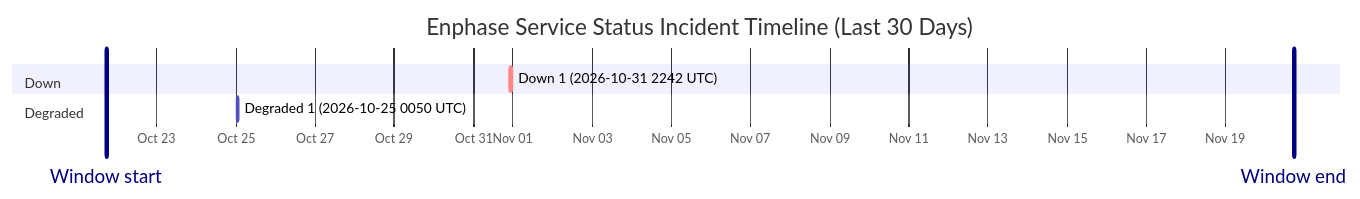
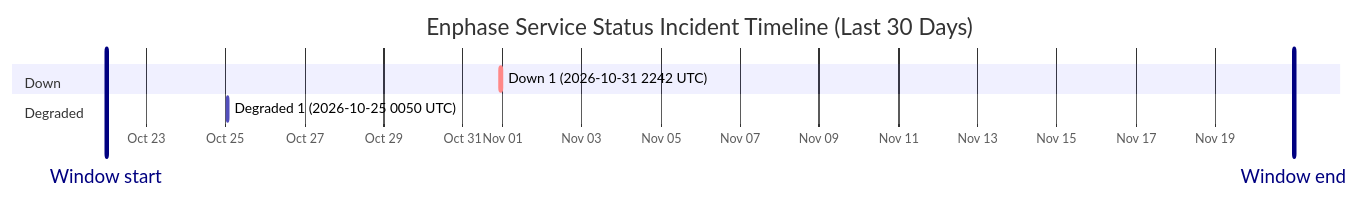
One commit to barneyonline/ha-enphase-energy changed the diagram in wiki/Service-Status-History.md. Above: the diagram before and after it, drawn with Mermaid. The commit also changed other lines of this file and 3 other files, not shown here.

````diff
--- a/wiki/Service-Status-History.md
+++ b/wiki/Service-Status-History.md
@@ -14,12 +14,12 @@
 ```mermaid
 gantt
     title Enphase Service Status Incident Timeline (Last 30 Days)
     dateFormat  YYYY-MM-DDTHH:mm:ss
     axisFormat  %b %d
-    Window start :vert, window-start, 2026-10-21T17:32:20, 0ms
-    Window end :vert, window-end, 2026-11-20T17:32:20, 0ms
+    Window start :vert, window-start, 2026-10-21T23:41:25, 0ms
+    Window end :vert, window-end, 2026-11-20T23:41:25, 0ms
     section Down
     Down 1 (2026-10-31 2242 UTC) :crit, down-1, 2026-10-31T22:42:18, 60m
     section Degraded
     Degraded 1 (2026-10-25 0050 UTC) :active, degraded-1, 2026-10-25T00:50:01, 60m
 ```
````
